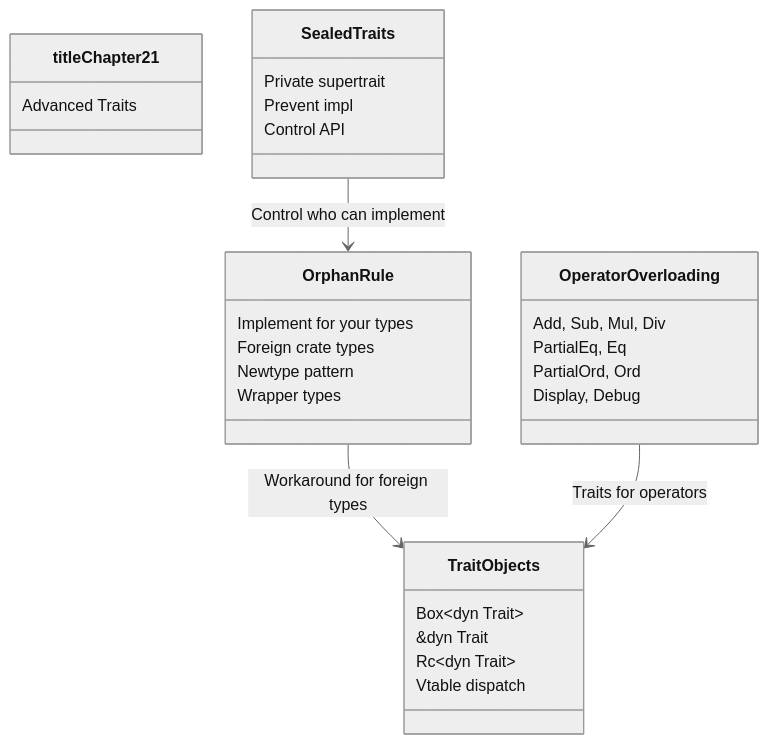
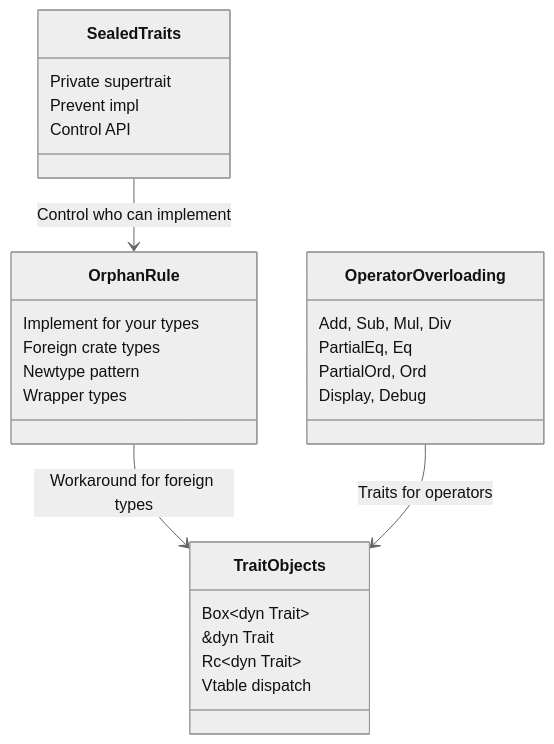
Before and after one commit to dbillion/rust-master-class-complete: the diagram in diagrams/by-chapter/ch21-traits/01_advanced_traits.mmd, drawn with Mermaid (neutral theme). The commit also changed 27 other files, not shown here.

```diff
--- a/diagrams/by-chapter/ch21-traits/01_advanced_traits.mmd
+++ b/diagrams/by-chapter/ch21-traits/01_advanced_traits.mmd
@@ -1,33 +1,31 @@
 classDiagram
-    title Chapter 21: Advanced Traits
-    
     class OrphanRule {
         Implement for your types
         Foreign crate types
         Newtype pattern
         Wrapper types
     }
     
     class TraitObjects {
         Box~dyn Trait~
         &dyn Trait
         Rc~dyn Trait~
         Vtable dispatch
     }
     
     class SealedTraits {
         Private supertrait
         Prevent impl
         Control API
     }
     
     class OperatorOverloading {
         Add, Sub, Mul, Div
         PartialEq, Eq
         PartialOrd, Ord
         Display, Debug
     }
     
     OrphanRule --> TraitObjects : Workaround for foreign types
     SealedTraits --> OrphanRule : Control who can implement
     OperatorOverloading --> TraitObjects : Traits for operators
```
